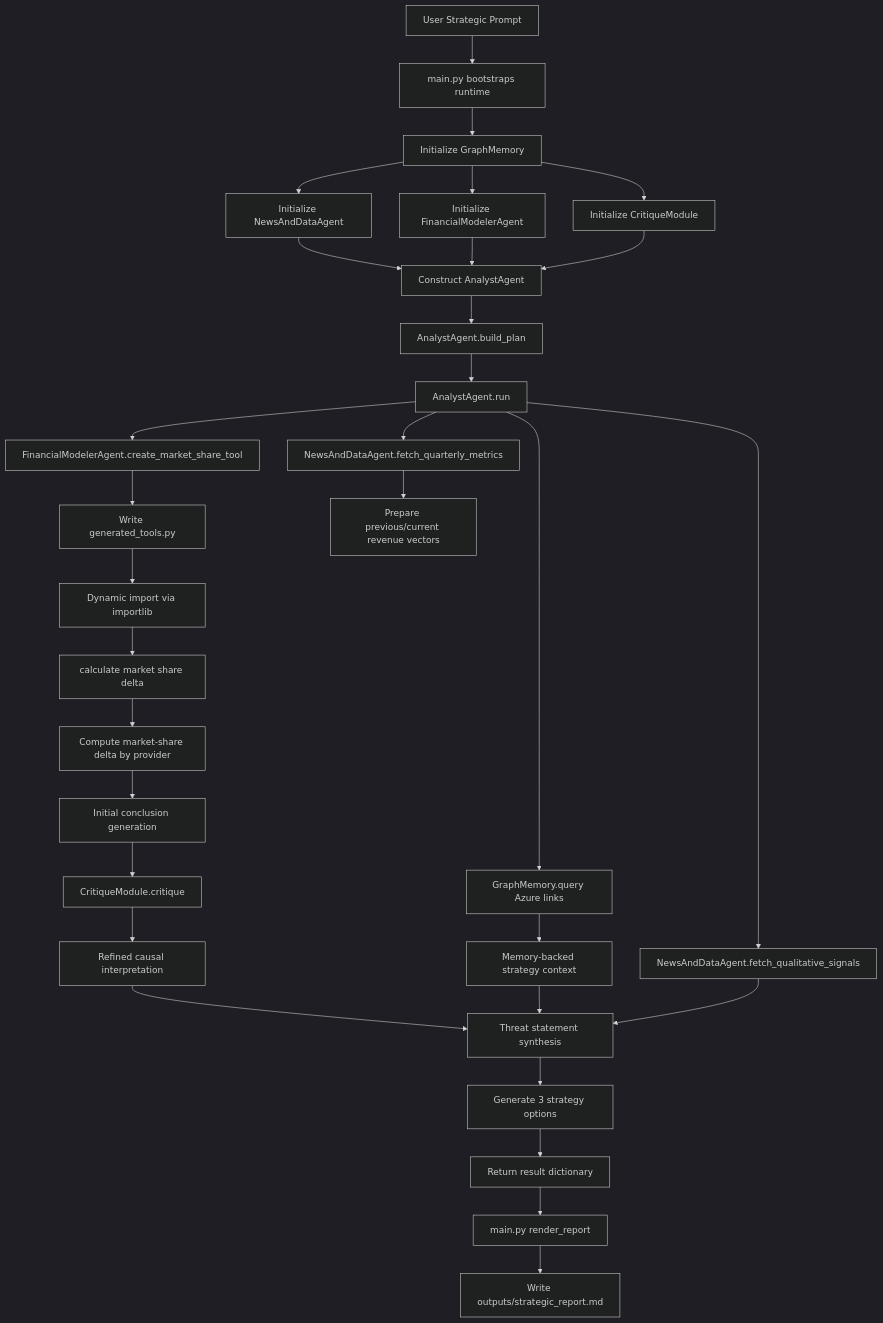
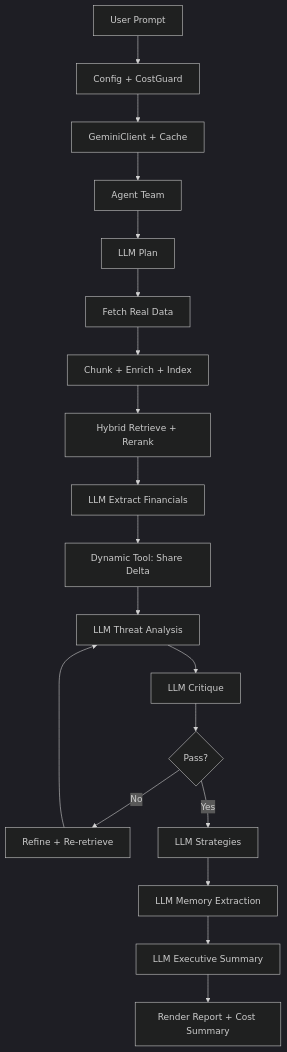
The diagram in agentic_ai/usecase_3_autonomous_strategic_analysis/DETAILED_DOCUMENTATION.md (VigneshwaraChinnadurai/Google_Prep), drawn with Mermaid (dark theme) before and after one commit. The commit also changed other lines of this file and 20 other files, not shown here.

````diff
--- a/agentic_ai/usecase_3_autonomous_strategic_analysis/DETAILED_DOCUMENTATION.md
+++ b/agentic_ai/usecase_3_autonomous_strategic_analysis/DETAILED_DOCUMENTATION.md
@@ -65,41 +286,21 @@
 ```mermaid
 flowchart TD
-    A[User Strategic Prompt] --> B[main.py bootstraps runtime]
-    B --> C[Initialize GraphMemory]
-    C --> D[Initialize NewsAndDataAgent]
-    C --> E[Initialize FinancialModelerAgent]
-    C --> F[Initialize CritiqueModule]
-    D --> G[Construct AnalystAgent]
-    E --> G
-    F --> G
-
-    G --> H[AnalystAgent.build_plan]
-    H --> I[AnalystAgent.run]
-
-    I --> J[NewsAndDataAgent.fetch_quarterly_metrics]
-    I --> K[NewsAndDataAgent.fetch_qualitative_signals]
-    I --> L[FinancialModelerAgent.create_market_share_tool]
-
-    L --> M[Write generated_tools.py]
-    M --> N[Dynamic import via importlib]
-   N --> O[calculate market share delta]
-
-    J --> P[Prepare previous/current revenue vectors]
-    O --> Q[Compute market-share delta by provider]
-
-    Q --> R[Initial conclusion generation]
-    R --> S[CritiqueModule.critique]
-    S --> T[Refined causal interpretation]
-
-    I --> U[GraphMemory.query Azure links]
-    U --> V[Memory-backed strategy context]
-
-    T --> W[Threat statement synthesis]
-    V --> W
-    K --> W
-
-    W --> X[Generate 3 strategy options]
-    X --> Y[Return result dictionary]
-    Y --> Z[main.py render_report]
-    Z --> AA[Write outputs/strategic_report.md]
+    A[User Prompt] --> B[Config + CostGuard]
+    B --> C[GeminiClient + Cache]
+    C --> D[Agent Team]
+    D --> E[LLM Plan]
+    E --> F[Fetch Real Data]
+    F --> G[Chunk + Enrich + Index]
+    G --> H[Hybrid Retrieve + Rerank]
+    H --> I[LLM Extract Financials]
+    I --> J[Dynamic Tool: Share Delta]
+    J --> K[LLM Threat Analysis]
+    K --> L[LLM Critique]
+    L --> M{Pass?}
+    M -->|No| N[Refine + Re-retrieve]
+    N --> K
+    M -->|Yes| O[LLM Strategies]
+    O --> P[LLM Memory Extraction]
+    P --> Q[LLM Executive Summary]
+    Q --> R[Render Report + Cost Summary]
 ```
````
